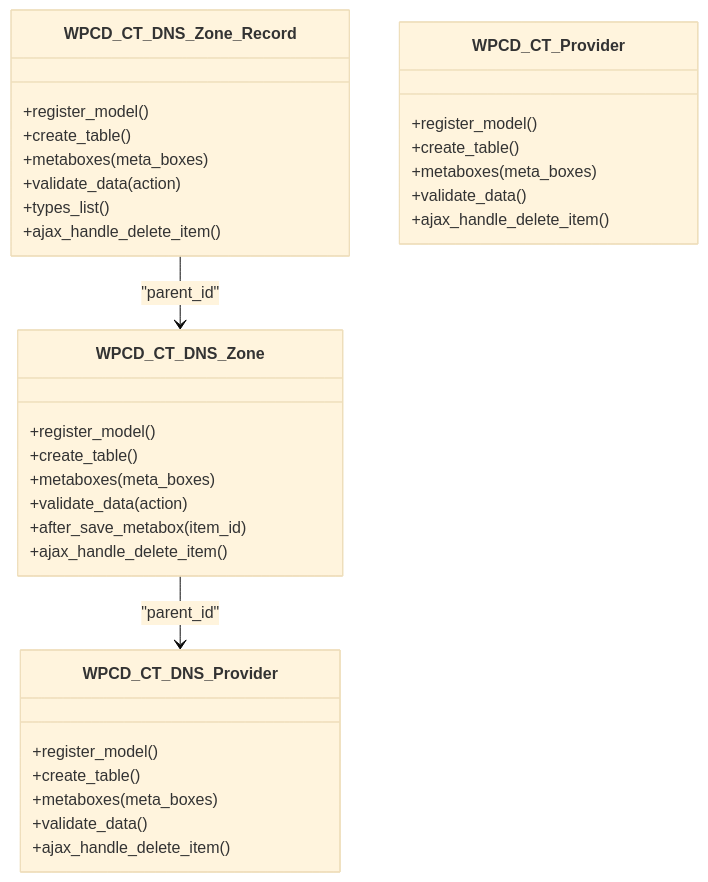
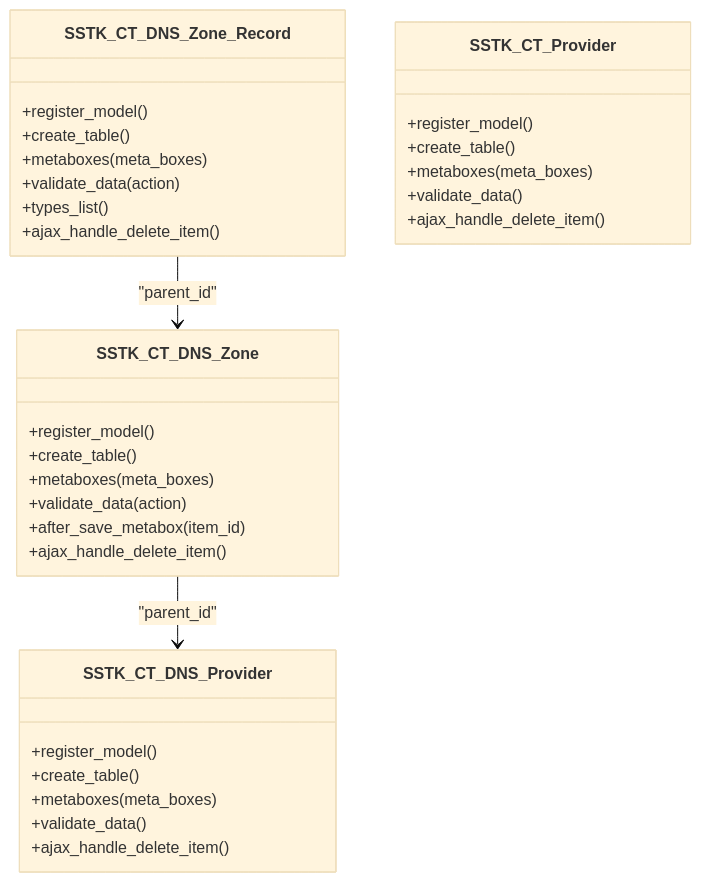
The third of 4 diagrams in .qoder/repowiki/en/content/Data Management/Custom Database Tables/Provider and DNS Tables.md (onedogsolutions/simple-stack), drawn with Mermaid (base theme) before and after one commit. The commit also changed other lines of this file and 5941 other files, not shown here.

````diff
--- a/.qoder/repowiki/en/content/Data Management/Custom Database Tables/Provider and DNS Tables.md
+++ b/.qoder/repowiki/en/content/Data Management/Custom Database Tables/Provider and DNS Tables.md
@@ -250,35 +250,35 @@
 ```mermaid
 classDiagram
-class WPCD_CT_DNS_Provider {
+class SSTK_CT_DNS_Provider {
 +register_model()
 +create_table()
 +metaboxes(meta_boxes)
 +validate_data()
 +ajax_handle_delete_item()
 }
-class WPCD_CT_DNS_Zone {
+class SSTK_CT_DNS_Zone {
 +register_model()
 +create_table()
 +metaboxes(meta_boxes)
 +validate_data(action)
 +after_save_metabox(item_id)
 +ajax_handle_delete_item()
 }
-class WPCD_CT_DNS_Zone_Record {
+class SSTK_CT_DNS_Zone_Record {
 +register_model()
 +create_table()
 +metaboxes(meta_boxes)
 +validate_data(action)
 +types_list()
 +ajax_handle_delete_item()
 }
-class WPCD_CT_Provider {
+class SSTK_CT_Provider {
 +register_model()
 +create_table()
 +metaboxes(meta_boxes)
 +validate_data()
 +ajax_handle_delete_item()
 }
-WPCD_CT_DNS_Zone --> WPCD_CT_DNS_Provider : "parent_id"
-WPCD_CT_DNS_Zone_Record --> WPCD_CT_DNS_Zone : "parent_id"
+SSTK_CT_DNS_Zone --> SSTK_CT_DNS_Provider : "parent_id"
+SSTK_CT_DNS_Zone_Record --> SSTK_CT_DNS_Zone : "parent_id"
 ```
````
